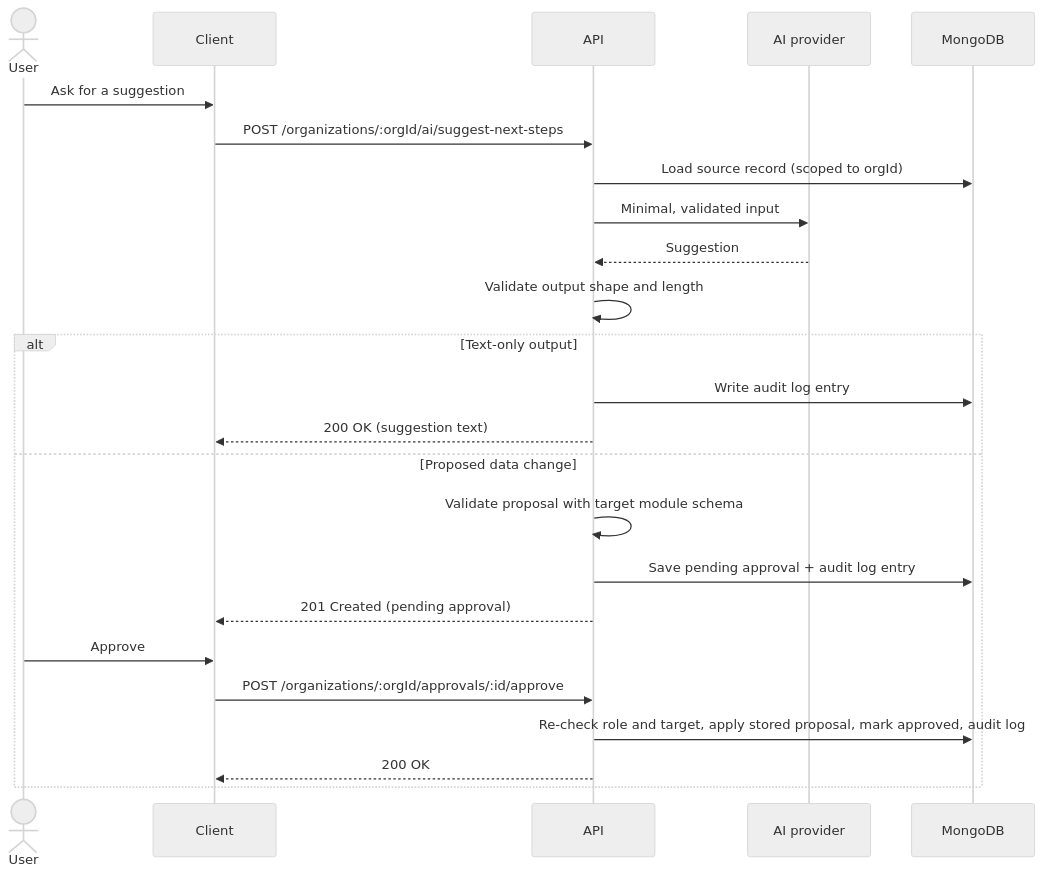
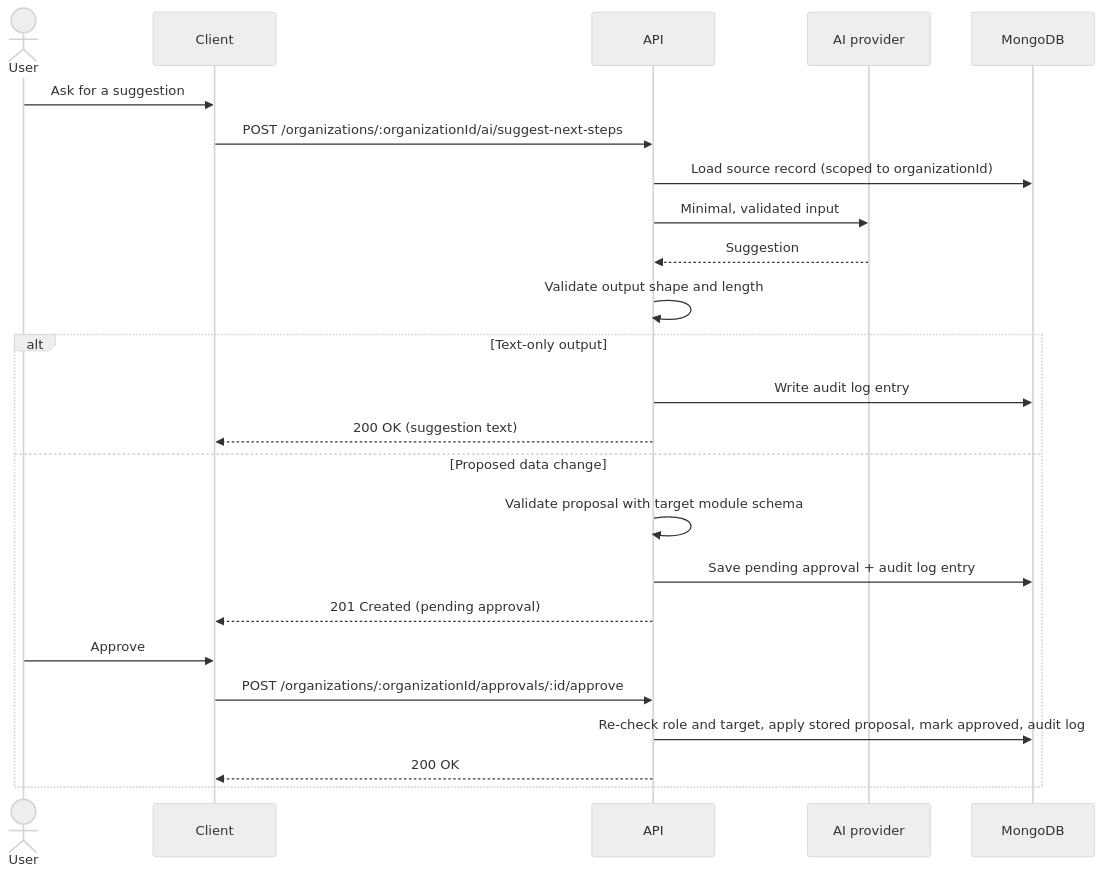
The second of 2 diagrams in docs/ARCHITECTURE.md (sudhanshuthakur108-cpu/opspilot-ai), drawn with Mermaid (neutral theme) before and after one commit. The commit also changed other lines of this file and 4 other files, not shown here.

````diff
--- a/docs/ARCHITECTURE.md
+++ b/docs/ARCHITECTURE.md
@@ -156,27 +156,27 @@
 ```mermaid
 sequenceDiagram
     actor U as User
     participant C as Client
     participant A as API
     participant P as AI provider
     participant D as MongoDB
 
     U->>C: Ask for a suggestion
-    C->>A: POST /organizations/:orgId/ai/suggest-next-steps
-    A->>D: Load source record (scoped to orgId)
+    C->>A: POST /organizations/:organizationId/ai/suggest-next-steps
+    A->>D: Load source record (scoped to organizationId)
     A->>P: Minimal, validated input
     P-->>A: Suggestion
     A->>A: Validate output shape and length
     alt Text-only output
         A->>D: Write audit log entry
         A-->>C: 200 OK (suggestion text)
     else Proposed data change
         A->>A: Validate proposal with target module schema
         A->>D: Save pending approval + audit log entry
         A-->>C: 201 Created (pending approval)
         U->>C: Approve
-        C->>A: POST /organizations/:orgId/approvals/:id/approve
+        C->>A: POST /organizations/:organizationId/approvals/:id/approve
         A->>D: Re-check role and target, apply stored proposal, mark approved, audit log
         A-->>C: 200 OK
     end
 ```
````
